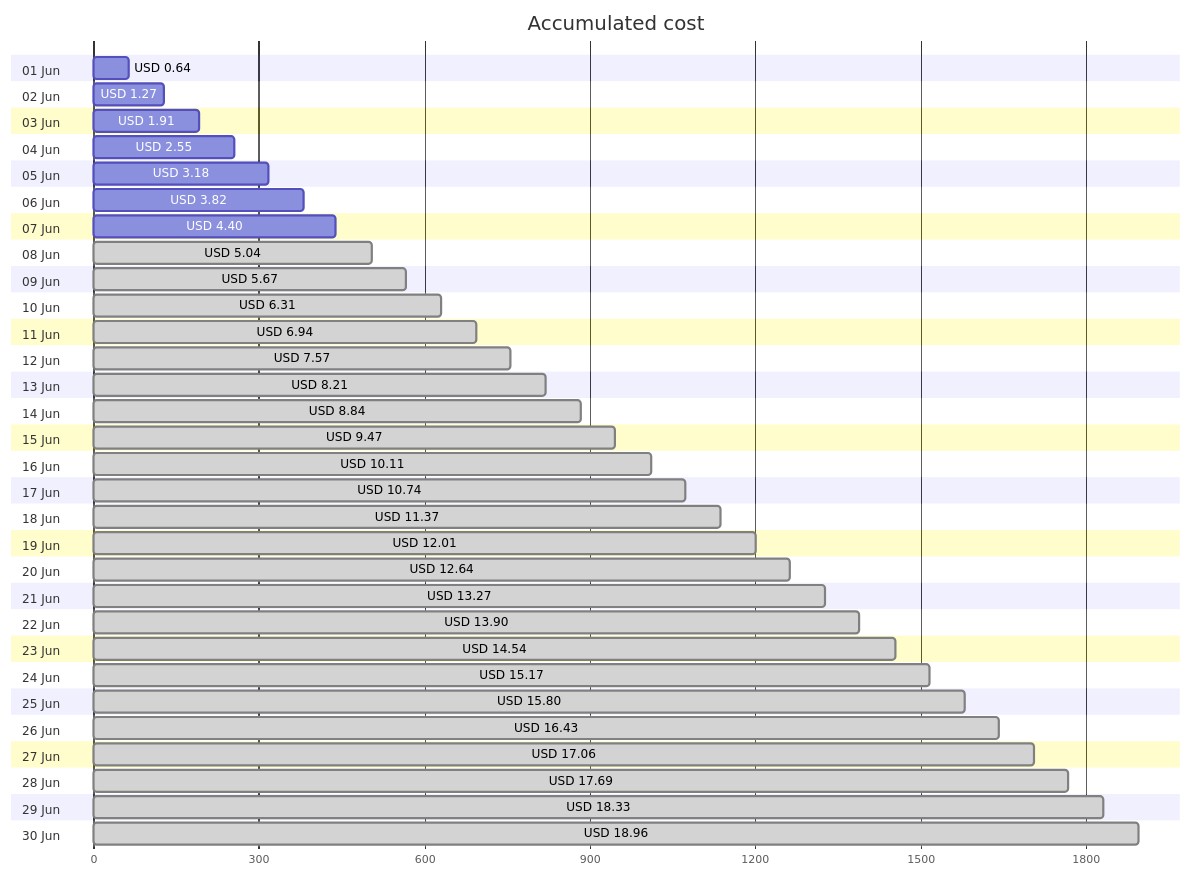
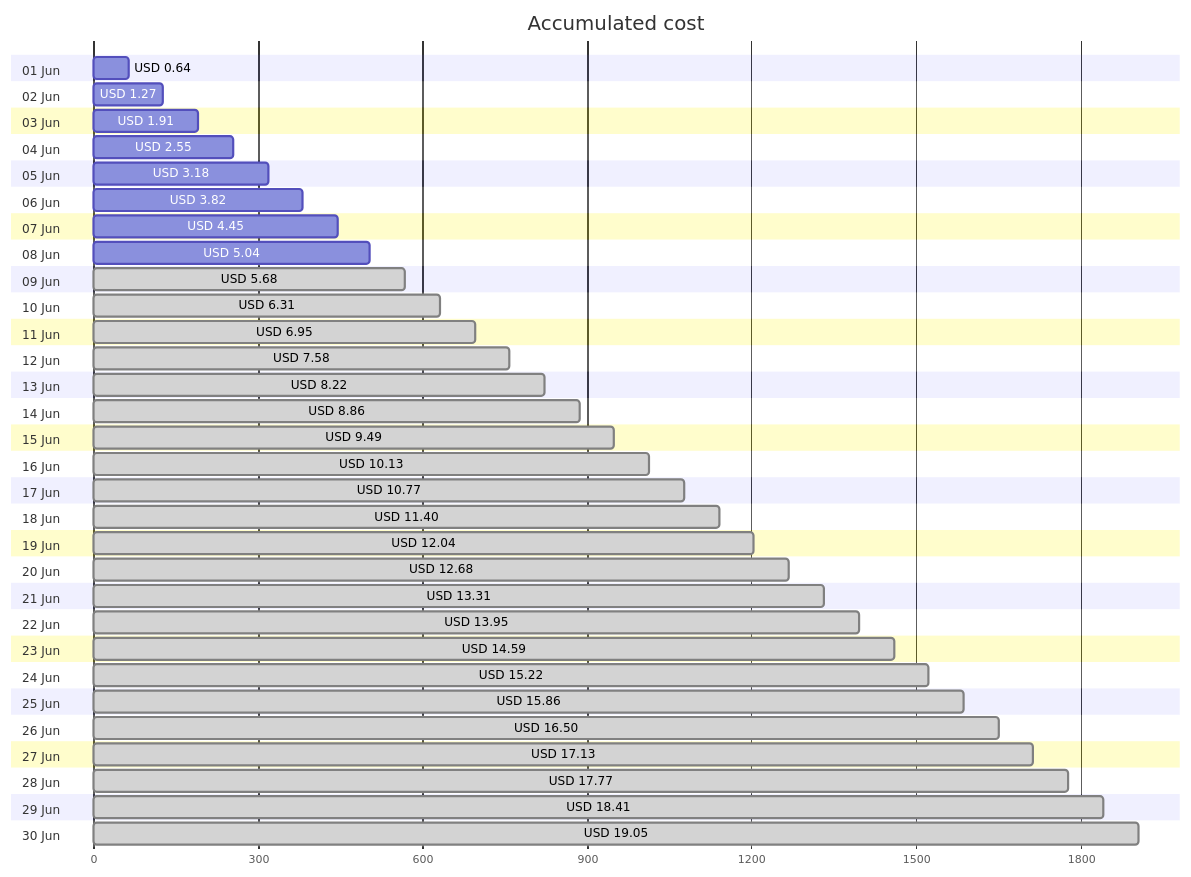
One commit to jpfulton/azure-personal-reports changed the first of 4 diagrams in cost-reports/accumulated-cost.md. Above: the diagram before and after it, drawn with Mermaid. The commit also changed other lines of this file and 4 other files, not shown here.

````diff
--- a/cost-reports/accumulated-cost.md
+++ b/cost-reports/accumulated-cost.md
@@ -20,66 +20,66 @@
 ```mermaid
 gantt
    title Accumulated cost
    dateFormat  X
    axisFormat %s
    section 01 Jun
    USD 0.64 :0, 64
    section 02 Jun
    USD 1.27 :0, 127
    section 03 Jun
    USD 1.91 :0, 191
    section 04 Jun
    USD 2.55 :0, 255
    section 05 Jun
    USD 3.18 :0, 318
    section 06 Jun
    USD 3.82 :0, 382
    section 07 Jun
-   USD 4.40 :0, 440
+   USD 4.45 :0, 445
    section 08 Jun
-   USD 5.04 : done, 0, 504
+   USD 5.04 :0, 504
    section 09 Jun
-   USD 5.67 : done, 0, 567
+   USD 5.68 : done, 0, 568
    section 10 Jun
    USD 6.31 : done, 0, 631
    section 11 Jun
-   USD 6.94 : done, 0, 694
+   USD 6.95 : done, 0, 695
    section 12 Jun
-   USD 7.57 : done, 0, 757
+   USD 7.58 : done, 0, 758
    section 13 Jun
-   USD 8.21 : done, 0, 821
+   USD 8.22 : done, 0, 822
    section 14 Jun
-   USD 8.84 : done, 0, 884
+   USD 8.86 : done, 0, 886
    section 15 Jun
-   USD 9.47 : done, 0, 947
+   USD 9.49 : done, 0, 949
    section 16 Jun
-   USD 10.11 : done, 0, 1011
+   USD 10.13 : done, 0, 1013
    section 17 Jun
-   USD 10.74 : done, 0, 1074
+   USD 10.77 : done, 0, 1077
    section 18 Jun
-   USD 11.37 : done, 0, 1137
+   USD 11.40 : done, 0, 1140
    section 19 Jun
-   USD 12.01 : done, 0, 1201
+   USD 12.04 : done, 0, 1204
    section 20 Jun
-   USD 12.64 : done, 0, 1264
+   USD 12.68 : done, 0, 1268
    section 21 Jun
-   USD 13.27 : done, 0, 1327
+   USD 13.31 : done, 0, 1331
    section 22 Jun
-   USD 13.90 : done, 0, 1390
+   USD 13.95 : done, 0, 1395
    section 23 Jun
-   USD 14.54 : done, 0, 1454
+   USD 14.59 : done, 0, 1459
    section 24 Jun
-   USD 15.17 : done, 0, 1517
+   USD 15.22 : done, 0, 1522
    section 25 Jun
-   USD 15.80 : done, 0, 1580
+   USD 15.86 : done, 0, 1586
    section 26 Jun
-   USD 16.43 : done, 0, 1643
+   USD 16.50 : done, 0, 1650
    section 27 Jun
-   USD 17.06 : done, 0, 1706
+   USD 17.13 : done, 0, 1713
    section 28 Jun
-   USD 17.69 : done, 0, 1769
+   USD 17.77 : done, 0, 1777
    section 29 Jun
-   USD 18.33 : done, 0, 1833
+   USD 18.41 : done, 0, 1841
    section 30 Jun
-   USD 18.96 : done, 0, 1896
+   USD 19.05 : done, 0, 1905
 ```
````
